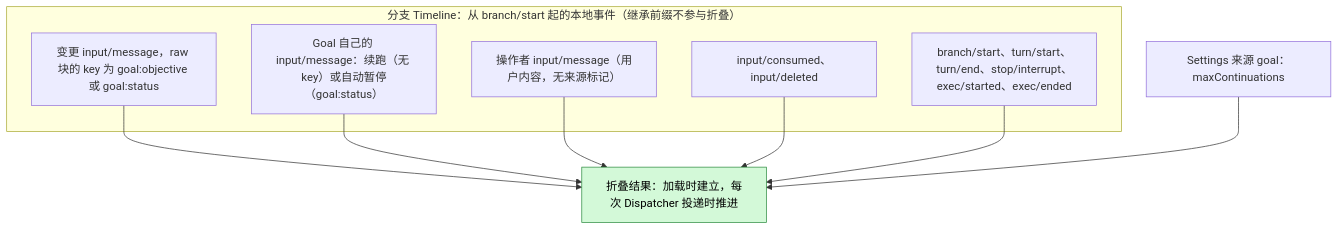
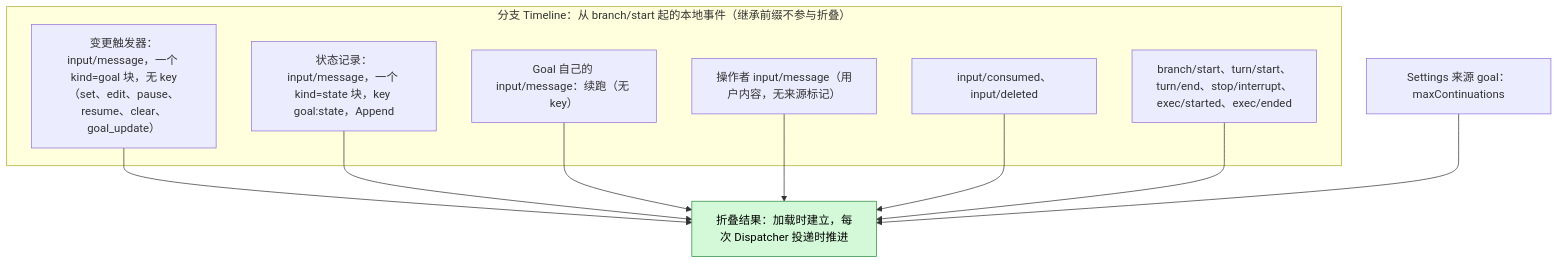
One commit to CoutinhoTTS/dim-agent changed the second of 7 diagrams in docs/zh/design/plugins/Goal.md. Above: the diagram before and after it, drawn with Mermaid. The commit also changed other lines of this file and 23 other files, not shown here.

````diff
--- a/docs/zh/design/plugins/Goal.md
+++ b/docs/zh/design/plugins/Goal.md
@@ -49,19 +49,21 @@
 ```mermaid
 flowchart TB
   subgraph TLB["分支 Timeline：从 branch/start 起的本地事件（继承前缀不参与折叠）"]
-    GBK["变更 input/message，raw 块的 key 为 goal:objective 或 goal:status"]
-    CI["Goal 自己的 input/message：续跑（无 key）或自动暂停（goal:status）"]
+    TR["变更触发器：input/message，一个 kind=goal 块，无 key（set、edit、pause、resume、clear、goal_update）"]
+    SR["状态记录：input/message，一个 kind=state 块，key goal:state，Append"]
+    CI["Goal 自己的 input/message：续跑（无 key）"]
     OI["操作者 input/message（用户内容，无来源标记）"]
     IC["input/consumed、input/deleted"]
     TE["branch/start、turn/start、turn/end、stop/interrupt、exec/started、exec/ended"]
   end
   CFG["Settings 来源 goal：maxContinuations"]
   VIEW["折叠结果：加载时建立，每次 Dispatcher 投递时推进"]:::new
-  GBK --> VIEW
+  TR --> VIEW
+  SR --> VIEW
   CI --> VIEW
   OI --> VIEW
   IC --> VIEW
   TE --> VIEW
   CFG --> VIEW
   classDef new fill:#d3f9d8,stroke:#2b8a3e,color:#000
 ```
````
